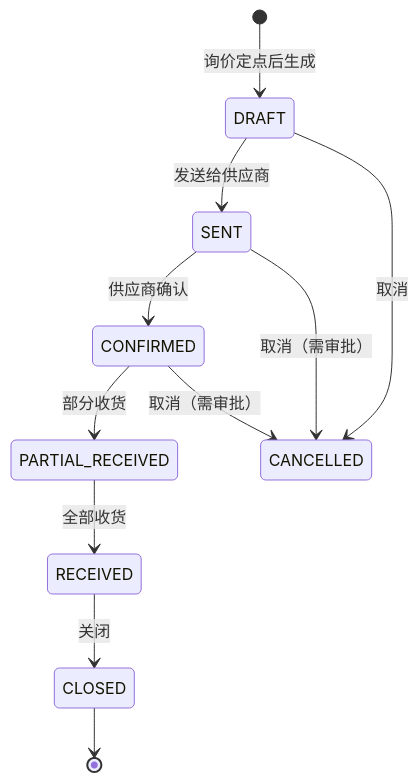
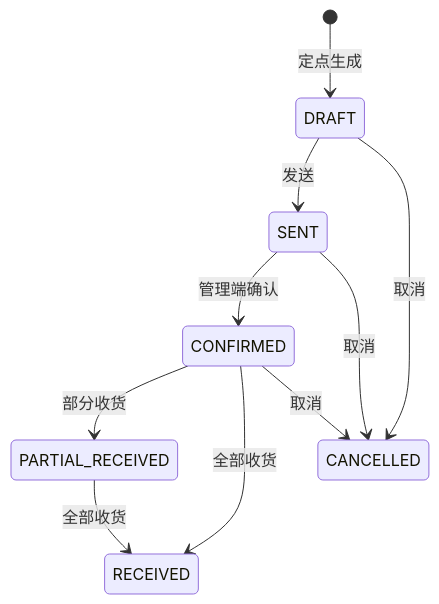
Before and after one commit to wang-baohai/Omni-Stack: the sixth of 7 diagrams in docs/design/procurement-design.md, drawn with Mermaid. The commit also changed other lines of this file and 1095 other files, not shown here.

````diff
--- a/docs/design/procurement-design.md
+++ b/docs/design/procurement-design.md
@@ -318,13 +319,12 @@
 ```mermaid
 stateDiagram-v2
-    [*] --> DRAFT: 询价定点后生成
-    DRAFT --> SENT: 发送给供应商
-    SENT --> CONFIRMED: 供应商确认
+    [*] --> DRAFT: 定点生成
+    DRAFT --> SENT: 发送
+    SENT --> CONFIRMED: 管理端确认
     CONFIRMED --> PARTIAL_RECEIVED: 部分收货
+    CONFIRMED --> RECEIVED: 全部收货
     PARTIAL_RECEIVED --> RECEIVED: 全部收货
-    RECEIVED --> CLOSED: 关闭
     DRAFT --> CANCELLED: 取消
-    SENT --> CANCELLED: 取消（需审批）
-    CONFIRMED --> CANCELLED: 取消（需审批）
-    CLOSED --> [*]
+    SENT --> CANCELLED: 取消
+    CONFIRMED --> CANCELLED: 取消
 ```
````
